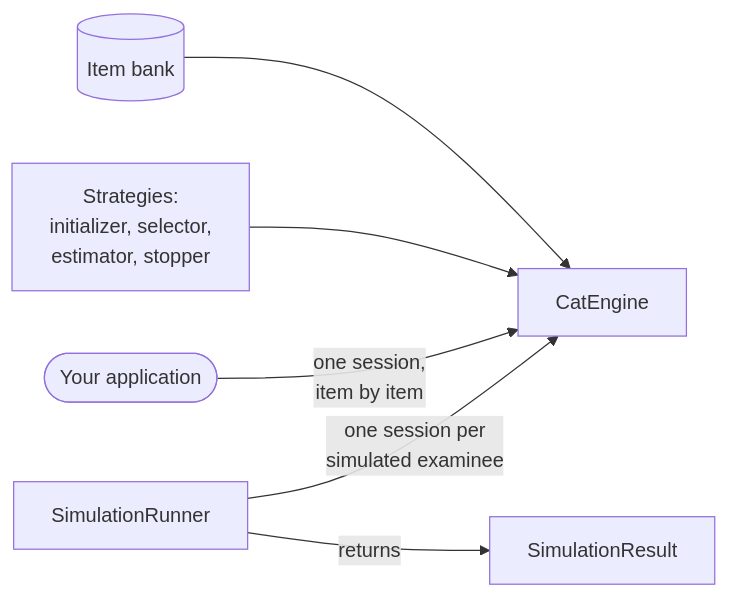
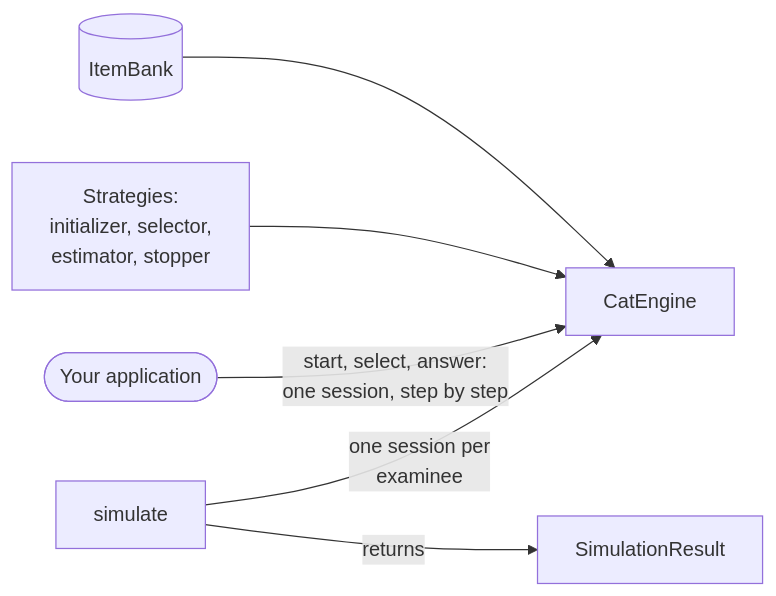
The second of 2 diagrams in sphinx/introduction.md (douglasrizzo/catsim), drawn with Mermaid before and after one commit. The commit also changed other lines of this file, not shown here.

````diff
--- a/sphinx/introduction.md
+++ b/sphinx/introduction.md
@@ -243,8 +246,8 @@
 ```{mermaid}
 flowchart LR
-    bank[(Item bank)] --> engine[CatEngine]
+    bank[(ItemBank)] --> engine[CatEngine]
     strategies["Strategies:<br>initializer, selector,<br>estimator, stopper"] --> engine
-    app([Your application]) -- "one session,<br>item by item" --> engine
-    runner[SimulationRunner] -- "one session per<br>simulated examinee" --> engine
-    runner -- returns --> result[SimulationResult]
+    app([Your application]) -- "start, select, answer:<br>one session, step by step" --> engine
+    simulate[simulate] -- "one session per<br>examinee" --> engine
+    simulate -- returns --> result[SimulationResult]
 ```
````
